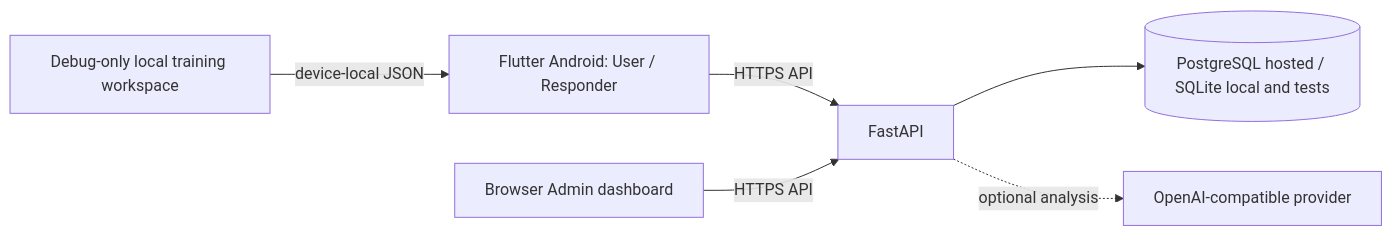
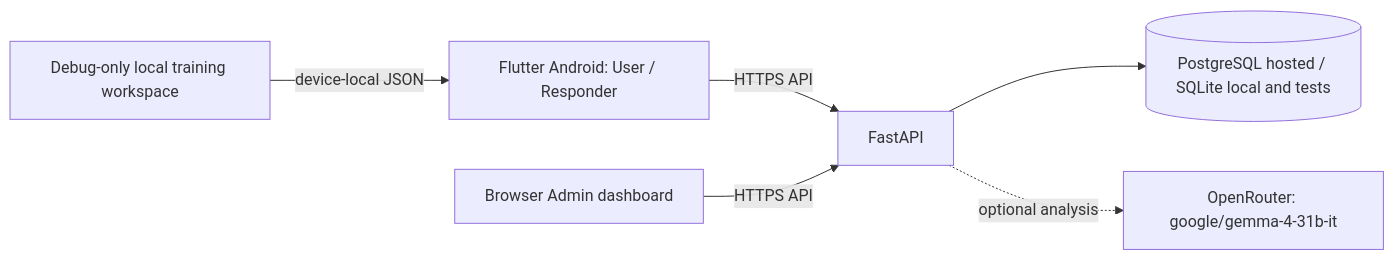
One commit to QaziZaid16/emergency_coordination_system changed the diagram in README.md. Above: the diagram before and after it, drawn with Mermaid. The commit also changed other lines of this file and 17 other files, not shown here.

Commit message:
Integrate OpenRouter Gemma analysis and job recovery

````diff
--- a/README.md
+++ b/README.md
@@ -18,8 +18,8 @@
 ```mermaid
 flowchart LR
   U[Flutter Android: User / Responder] -->|HTTPS API| API[FastAPI]
   A[Browser Admin dashboard] -->|HTTPS API| API
   API --> DB[(PostgreSQL hosted / SQLite local and tests)]
-  API -. optional analysis .-> AI[OpenAI-compatible provider]
+  API -. optional analysis .-> AI[OpenRouter: google/gemma-4-31b-it]
   T[Debug-only local training workspace] -->|device-local JSON| U
 ```
````
